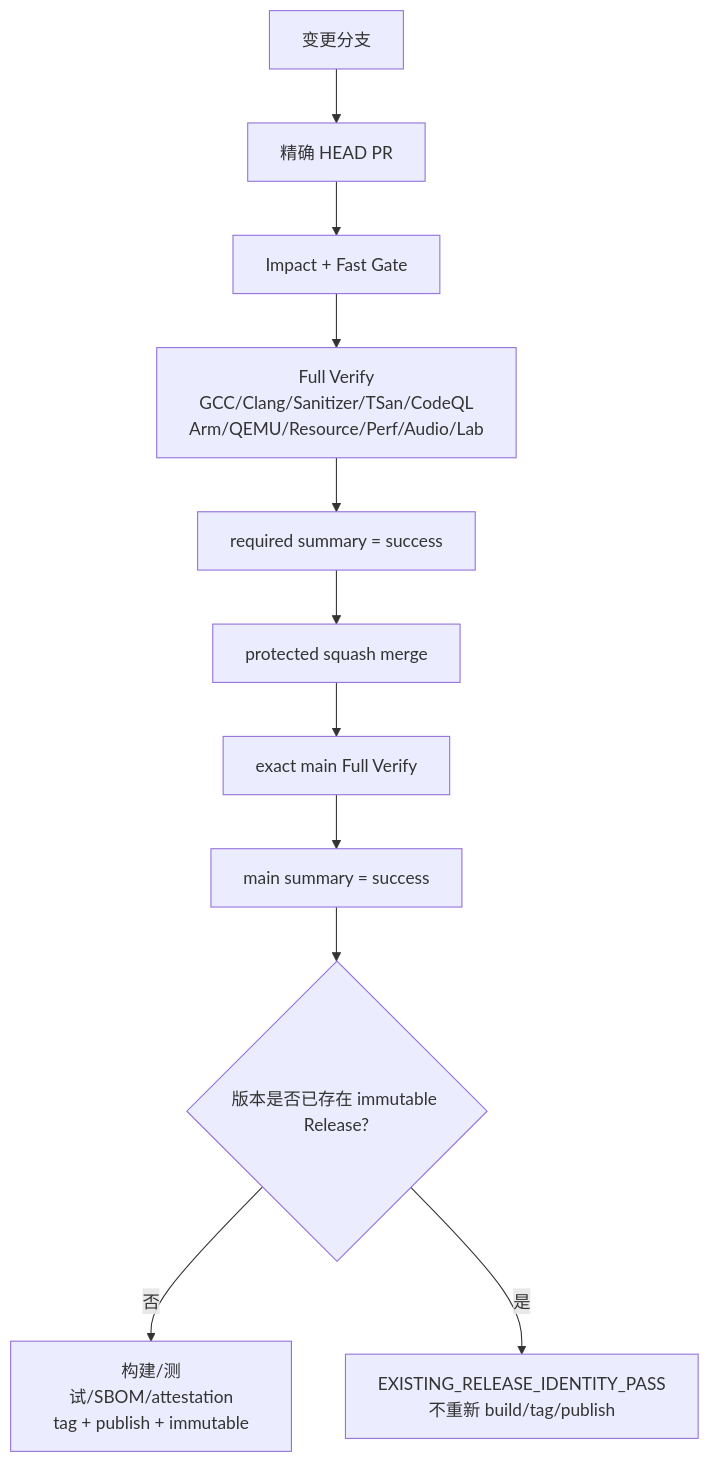
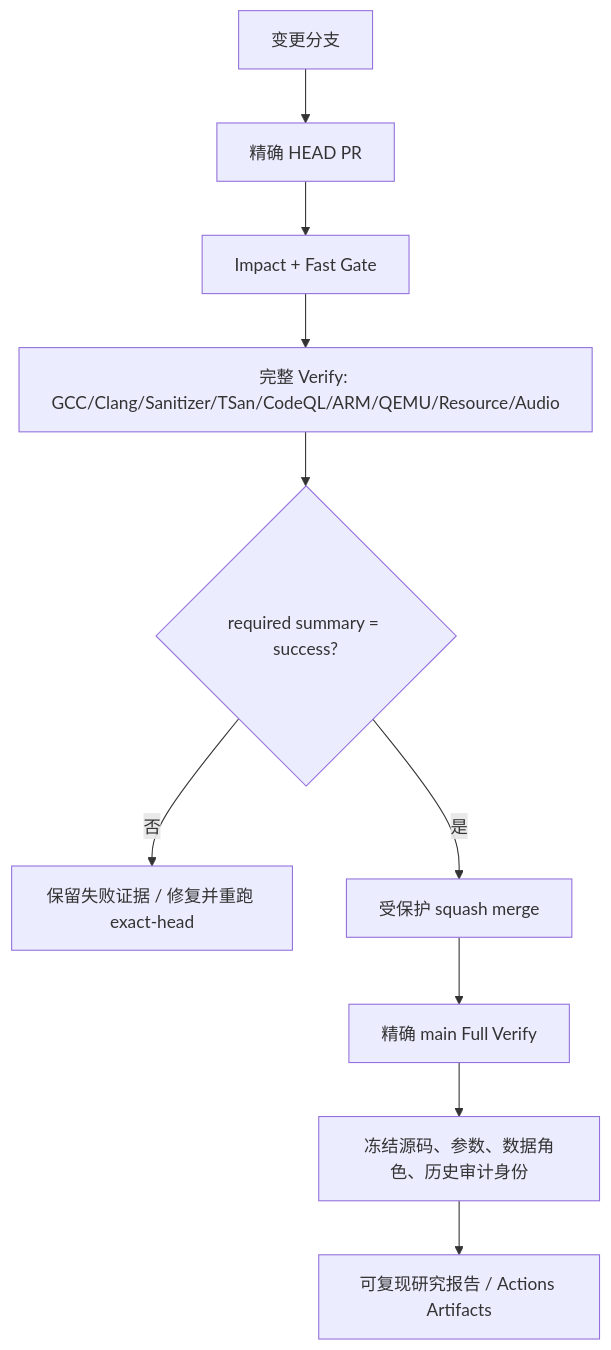
Before and after one commit to jiying2007/audio-pipeline: the fourth of 7 diagrams in docs/FLOWS.zh-CN.md, drawn with Mermaid. The commit also changed other lines of this file and 11 other files, not shown here.

````diff
--- a/docs/FLOWS.zh-CN.md
+++ b/docs/FLOWS.zh-CN.md
@@ -78,13 +78,12 @@
 ```mermaid
 flowchart TD
     A[变更分支] --> B[精确 HEAD PR]
     B --> C[Impact + Fast Gate]
-    C --> D[Full Verify\nGCC/Clang/Sanitizer/TSan/CodeQL\nArm/QEMU/Resource/Perf/Audio/Lab]
-    D --> E[required summary = success]
-    E --> F[protected squash merge]
-    F --> G[exact main Full Verify]
-    G --> H[main summary = success]
-    H --> I{版本是否已存在 immutable Release?}
-    I -- 否 --> J[构建/测试/SBOM/attestation\ntag + publish + immutable]
-    I -- 是 --> K[EXISTING_RELEASE_IDENTITY_PASS\n不重新 build/tag/publish]
+    C --> D[完整 Verify: GCC/Clang/Sanitizer/TSan/CodeQL/ARM/QEMU/Resource/Audio]
+    D --> E{required summary = success?}
+    E -- 否 --> X[保留失败证据 / 修复并重跑 exact-head]
+    E -- 是 --> F[受保护 squash merge]
+    F --> G[精确 main Full Verify]
+    G --> H[冻结源码、参数、数据角色、历史审计身份]
+    H --> I[可复现研究报告 / Actions Artifacts]
 ```
````
